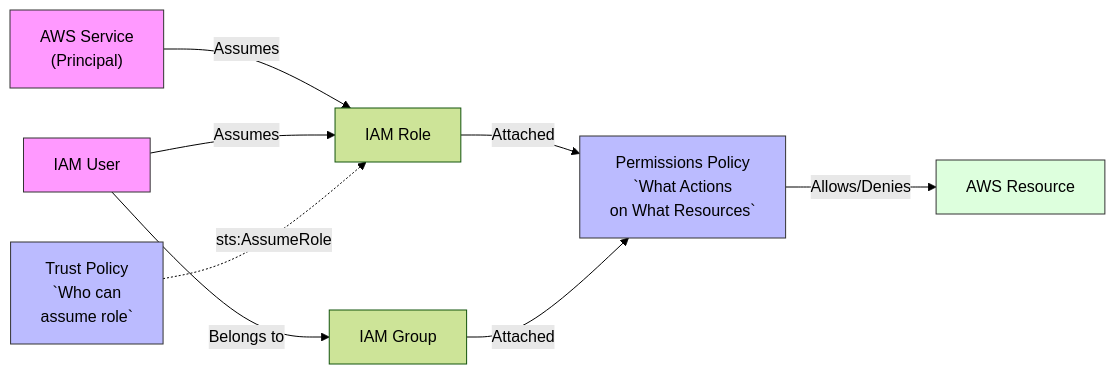
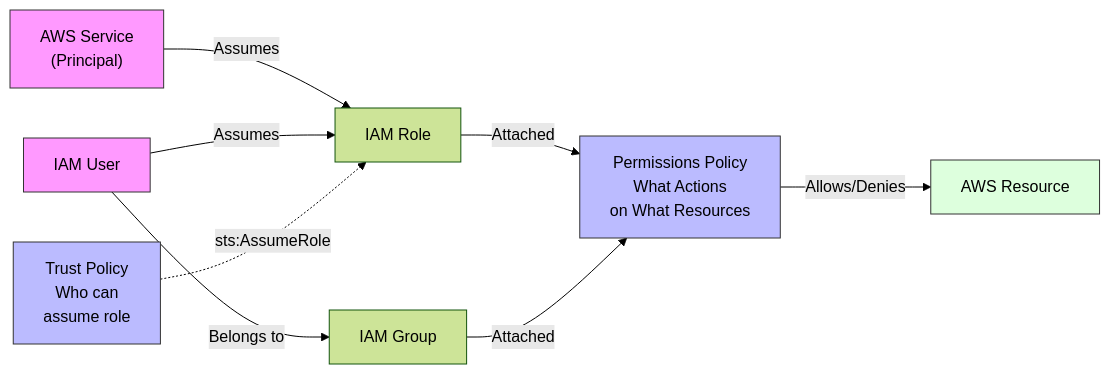
Before and after one commit to senthilkumarm1901/learn_by_blogging: the diagram in aws_cloud_technical_essentials_book/02-security.qmd, drawn with Mermaid (forest theme). The commit also changed other lines of this file, not shown here.

Commit message:
refine trust policy descriptions and correct permissions policy wording in security section

````diff
--- a/aws_cloud_technical_essentials_book/02-security.qmd
+++ b/aws_cloud_technical_essentials_book/02-security.qmd
@@ -24,17 +24,17 @@
 ```{mermaid}
 graph LR
     AWS_Service["AWS Service<br>(Principal)"] -->|Assumes| Role
     User[IAM User] -->|Assumes| Role[IAM Role]
-    TrustPolicy["Trust Policy<br>`Who can<br>assume role`"]
+    TrustPolicy["Trust Policy<br>Who can<br>assume role"]
     TrustPolicy -.->|"sts:AssumeRole"|Role
     User -->|Belongs to| Group[IAM Group]
-    Role -->|Attached| Policy[Permissions Policy<br>`What Actions<br>on What Resources`]
+    Role -->|Attached| Policy[Permissions Policy<br>What Actions<br>on What Resources]
     Group -->|Attached| Policy
     Policy -->|Allows/Denies| Resource[AWS Resource]
     
     style AWS_Service fill:#f9f,stroke:#333    
     style User fill:#f9f,stroke:#333
     style Policy fill:#bbf,stroke:#333
     style TrustPolicy fill:#bbf,stroke:#333
     style Resource fill:#dfd,stroke:#333
 ```
````
